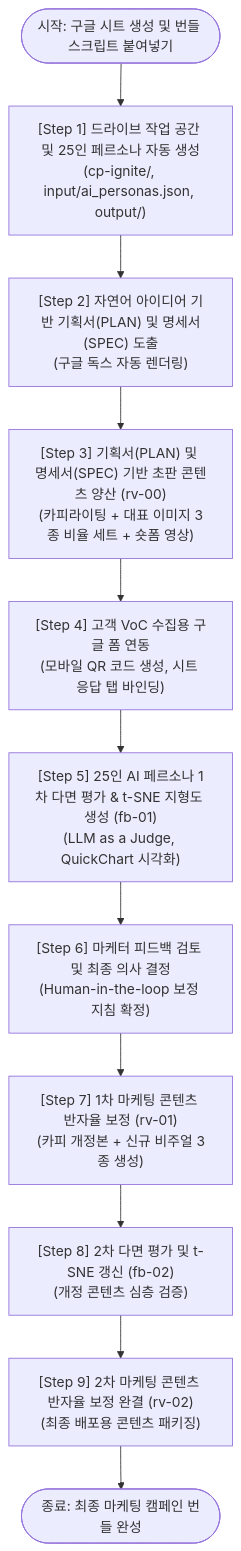
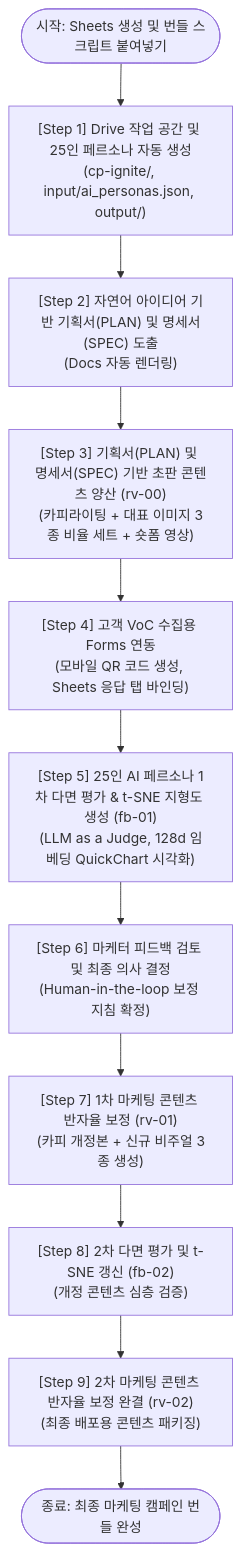
One commit to jiangjun-forge/google-cloud-0-to-1 changed the diagram in samples/drive-marketing-content-pipeline/README.md. Above: the diagram before and after it, drawn with Mermaid. The commit also changed other lines of this file and 1 other file, not shown here.

````diff
--- a/samples/drive-marketing-content-pipeline/README.md
+++ b/samples/drive-marketing-content-pipeline/README.md
@@ -38,13 +38,13 @@
 ```mermaid
 flowchart TD
-    Start(["시작: 구글 시트 생성 및 번들 스크립트 붙여넣기"]) --> Step1["[Step 1] 드라이브 작업 공간 및 25인 페르소나 자동 생성<br/>(cp-ignite/, input/ai_personas.json, output/)"]
-    Step1 --> Step2["[Step 2] 자연어 아이디어 기반 기획서(PLAN) 및 명세서(SPEC) 도출<br/>(구글 독스 자동 렌더링)"]
+    Start(["시작: Sheets 생성 및 번들 스크립트 붙여넣기"]) --> Step1["[Step 1] Drive 작업 공간 및 25인 페르소나 자동 생성<br/>(cp-ignite/, input/ai_personas.json, output/)"]
+    Step1 --> Step2["[Step 2] 자연어 아이디어 기반 기획서(PLAN) 및 명세서(SPEC) 도출<br/>(Docs 자동 렌더링)"]
     Step2 --> Step3["[Step 3] 기획서(PLAN) 및 명세서(SPEC) 기반 초판 콘텐츠 양산 (rv-00)<br/>(카피라이팅 + 대표 이미지 3종 비율 세트 + 숏폼 영상)"]
-    Step3 --> Step4["[Step 4] 고객 VoC 수집용 구글 폼 연동<br/>(모바일 QR 코드 생성, 시트 응답 탭 바인딩)"]
-    Step4 --> Step5["[Step 5] 25인 AI 페르소나 1차 다면 평가 & t-SNE 지형도 생성 (fb-01)<br/>(LLM as a Judge, QuickChart 시각화)"]
+    Step3 --> Step4["[Step 4] 고객 VoC 수집용 Forms 연동<br/>(모바일 QR 코드 생성, Sheets 응답 탭 바인딩)"]
+    Step4 --> Step5["[Step 5] 25인 AI 페르소나 1차 다면 평가 & t-SNE 지형도 생성 (fb-01)<br/>(LLM as a Judge, 128d 임베딩 QuickChart 시각화)"]
     Step5 --> Step6["[Step 6] 마케터 피드백 검토 및 최종 의사 결정<br/>(Human-in-the-loop 보정 지침 확정)"]
     Step6 --> Step7["[Step 7] 1차 마케팅 콘텐츠 반자율 보정 (rv-01)<br/>(카피 개정본 + 신규 비주얼 3종 생성)"]
     Step7 --> Step8["[Step 8] 2차 다면 평가 및 t-SNE 갱신 (fb-02)<br/>(개정 콘텐츠 심층 검증)"]
     Step8 --> Step9["[Step 9] 2차 마케팅 콘텐츠 반자율 보정 완결 (rv-02)<br/>(최종 배포용 콘텐츠 패키징)"]
     Step9 --> End(["종료: 최종 마케팅 캠페인 번들 완성"])
 ```
````
